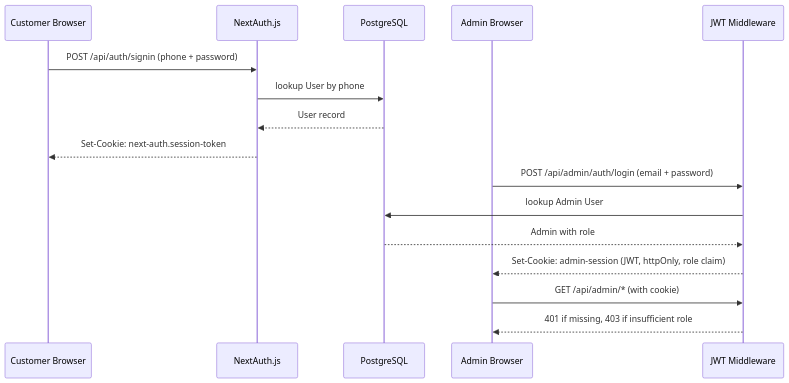
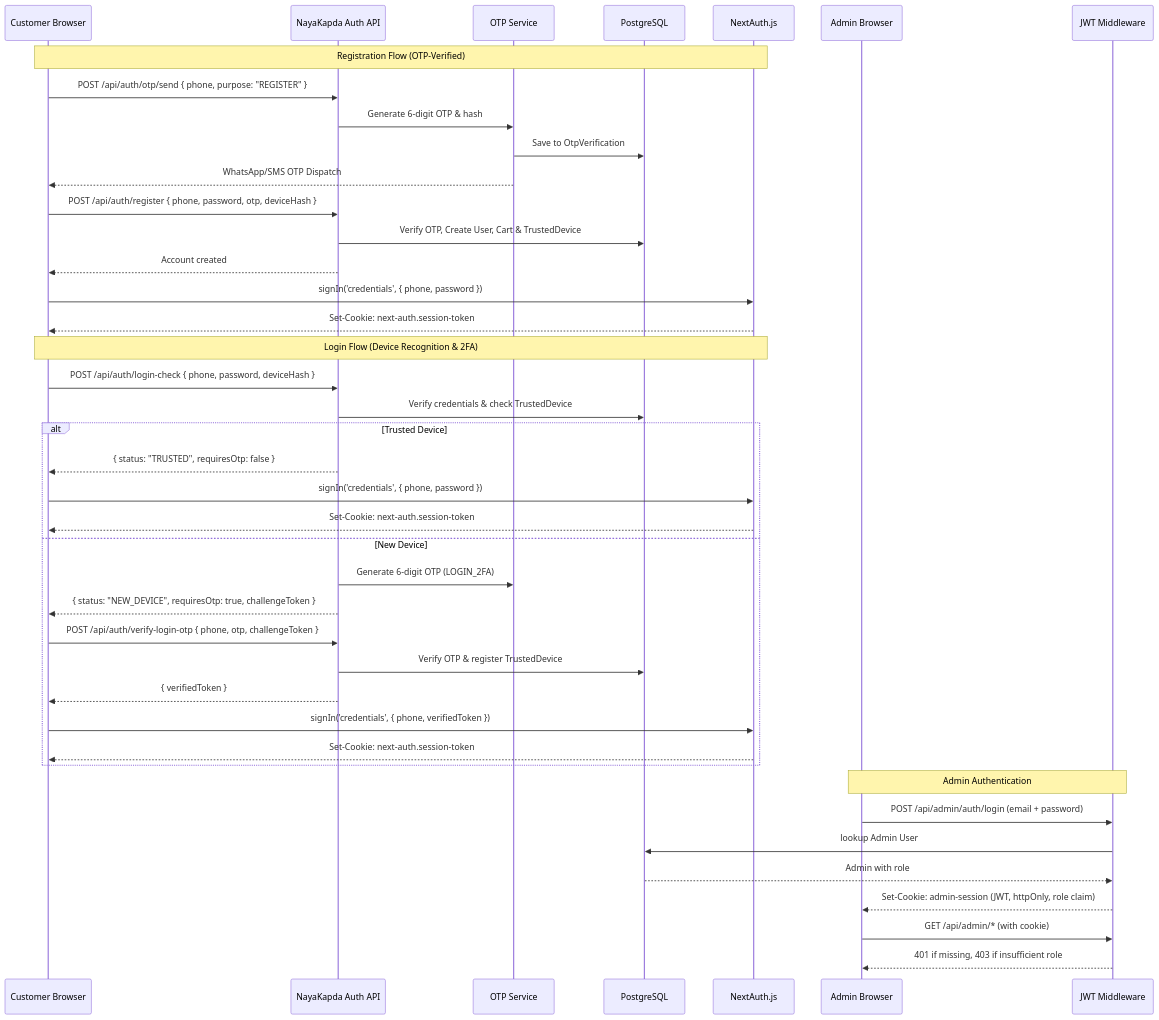
The second of 6 diagrams in design.md (Badrinath960/NayaKapda), drawn with Mermaid before and after one commit. The commit also changed 17 other files, not shown here.

First line of the commit message:
feat(auth): implement production-ready OTP-verified registration and device-aware 2FA login

````diff
--- a/design.md
+++ b/design.md
@@ -78,20 +78,46 @@
 ```mermaid
 sequenceDiagram
     participant C as Customer Browser
+    participant API as NayaKapda Auth API
+    participant OTP as OTP Service
+    participant DB as PostgreSQL
     participant N as NextAuth.js
-    participant DB as PostgreSQL
     participant A as Admin Browser
     participant J as JWT Middleware
 
-    C->>N: POST /api/auth/signin (phone + password)
-    N->>DB: lookup User by phone
-    DB-->>N: User record
+    Note over C,N: Registration Flow (OTP-Verified)
+    C->>API: POST /api/auth/otp/send { phone, purpose: "REGISTER" }
+    API->>OTP: Generate 6-digit OTP & hash
+    OTP->>DB: Save to OtpVerification
+    OTP-->>C: WhatsApp/SMS OTP Dispatch
+    C->>API: POST /api/auth/register { phone, password, otp, deviceHash }
+    API->>DB: Verify OTP, Create User, Cart & TrustedDevice
+    API-->>C: Account created
+    C->>N: signIn('credentials', { phone, password })
     N-->>C: Set-Cookie: next-auth.session-token
 
+    Note over C,N: Login Flow (Device Recognition & 2FA)
+    C->>API: POST /api/auth/login-check { phone, password, deviceHash }
+    API->>DB: Verify credentials & check TrustedDevice
+    alt Trusted Device
+        API-->>C: { status: "TRUSTED", requiresOtp: false }
+        C->>N: signIn('credentials', { phone, password })
+        N-->>C: Set-Cookie: next-auth.session-token
+    else New Device
+        API->>OTP: Generate 6-digit OTP (LOGIN_2FA)
+        API-->>C: { status: "NEW_DEVICE", requiresOtp: true, challengeToken }
+        C->>API: POST /api/auth/verify-login-otp { phone, otp, challengeToken }
+        API->>DB: Verify OTP & register TrustedDevice
+        API-->>C: { verifiedToken }
+        C->>N: signIn('credentials', { phone, verifiedToken })
+        N-->>C: Set-Cookie: next-auth.session-token
+    end
+
+    Note over A,J: Admin Authentication
     A->>J: POST /api/admin/auth/login (email + password)
     J->>DB: lookup Admin User
     DB-->>J: Admin with role
     J-->>A: Set-Cookie: admin-session (JWT, httpOnly, role claim)
     A->>J: GET /api/admin/* (with cookie)
     J-->>A: 401 if missing, 403 if insufficient role
 ```
````
